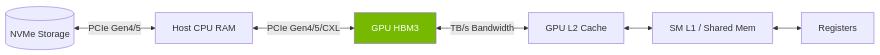
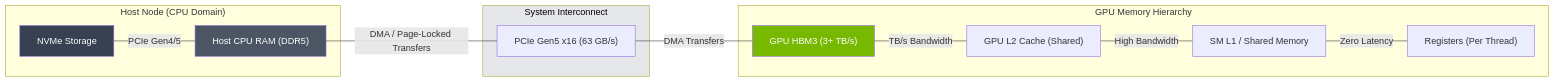
Before and after one commit to jithinpnjm/nvidia-devops: the second of 3 diagrams in docs/volume-04/01-gpu-architecture-topology-masterclass.md, drawn with Mermaid. The commit also changed other lines of this file and 110 other files, not shown here.

Commit message:
docs(volume-1-10): complete second-pass refinement of formatting, visual diagrams, and code snippets

````diff
--- a/docs/volume-04/01-gpu-architecture-topology-masterclass.md
+++ b/docs/volume-04/01-gpu-architecture-topology-masterclass.md
@@ -93,10 +115,31 @@
 ```mermaid
 flowchart LR
-    NVMe[(NVMe Storage)] <-->|PCIe Gen4/5| HostRAM[Host CPU RAM]
-    HostRAM <-->|PCIe Gen4/5/CXL| VRAM[GPU HBM3]
-    VRAM <-->|TB/s Bandwidth| L2[GPU L2 Cache]
-    L2 <--> L1[SM L1 / Shared Mem]
-    L1 <--> Regs[Registers]
+    subgraph Host["Host Node (CPU Domain)"]
+        NVMe["NVMe Storage"]
+        HostRAM["Host CPU RAM (DDR5)"]
+        NVMe -- "PCIe Gen4/5" --- HostRAM
+    end
+    
+    subgraph PCIeBus["System Interconnect"]
+        PCIe["PCIe Gen5 x16 (63 GB/s)"]
+    end
+    
+    subgraph GPUMem["GPU Memory Hierarchy"]
+        VRAM["GPU HBM3 (3+ TB/s)"]
+        L2["GPU L2 Cache (Shared)"]
+        L1["SM L1 / Shared Memory"]
+        Regs["Registers (Per Thread)"]
+        
+        VRAM -- "TB/s Bandwidth" --- L2
+        L2 -- "High Bandwidth" --- L1
+        L1 -- "Zero Latency" --- Regs
+    end
+    
+    HostRAM -- "DMA / Page-Locked Transfers" --- PCIe
+    PCIe -- "DMA Transfers" --- VRAM
     
     style VRAM fill:#76b900,color:#fff
+    style HostRAM fill:#4b5563,color:#fff
+    style NVMe fill:#374151,color:#fff
+    style PCIeBus fill:#e5e7eb,color:#000
 ```
````
